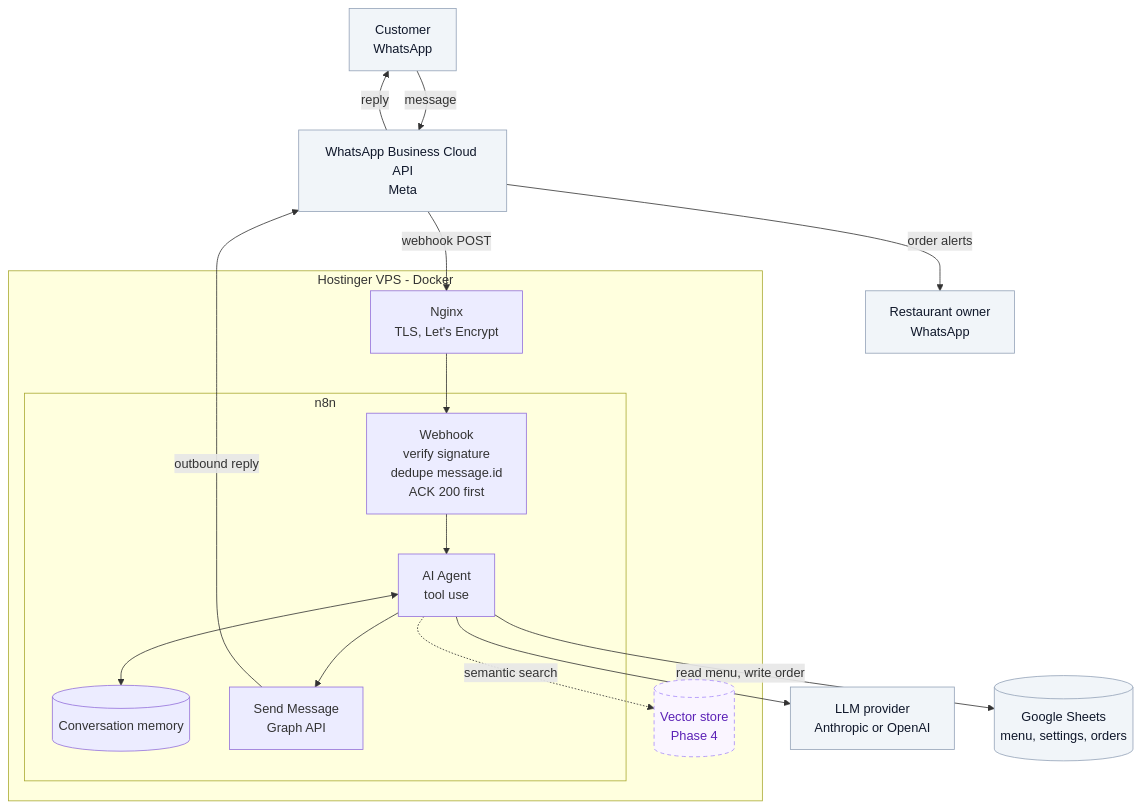
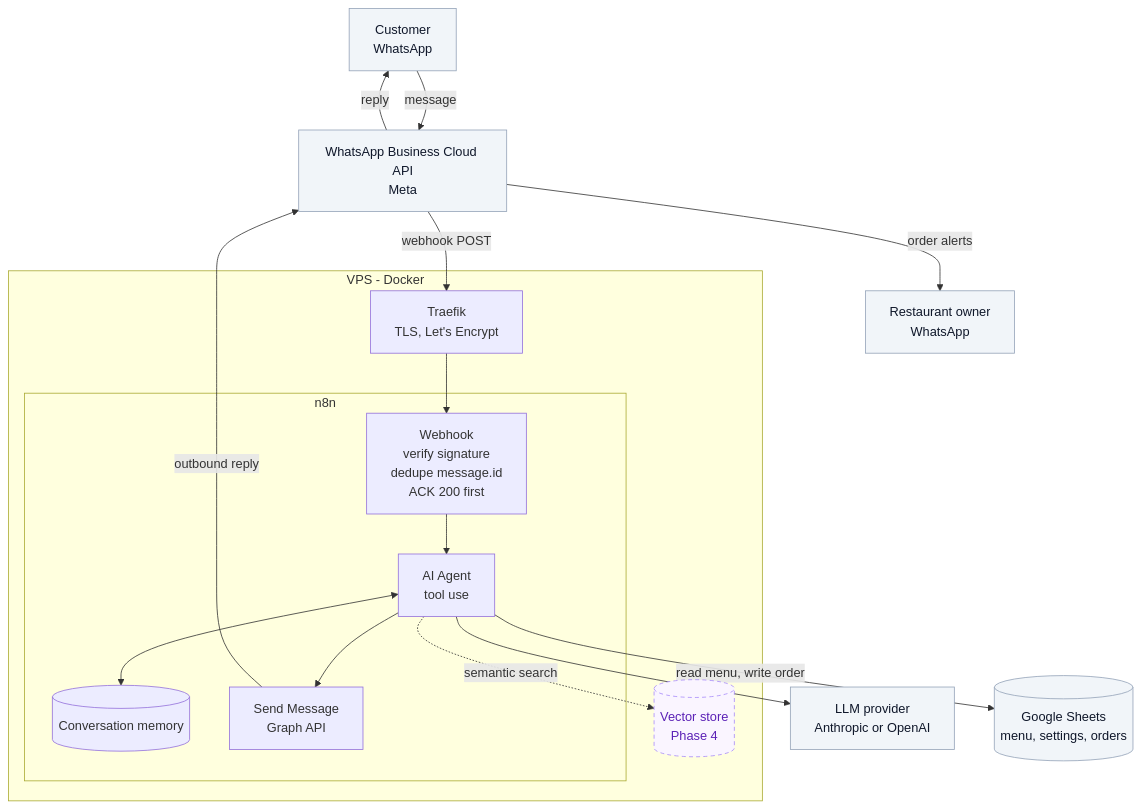
The diagram in docs/images/architecture.mmd (caresdev/whatsapp-ai-support-agent), drawn with Mermaid before and after one commit. The commit also changed 4 other files, not shown here.

First line of the commit message:
docs: swap Nginx for Traefik and rename the VPS setup guide

````diff
--- a/docs/images/architecture.mmd
+++ b/docs/images/architecture.mmd
@@ -1,40 +1,40 @@
 %% WhatsApp AI Restaurant Agent - system architecture
 %% Canonical source. Paste inside a ```mermaid block; GitHub renders it natively.
 flowchart TB
     customer["Customer<br/>WhatsApp"]
     owner["Restaurant owner<br/>WhatsApp"]
     meta["WhatsApp Business Cloud API<br/>Meta"]
 
-    subgraph vps["Hostinger VPS - Docker"]
-        nginx["Nginx<br/>TLS, Let's Encrypt"]
+    subgraph vps["VPS - Docker"]
+        traefik["Traefik<br/>TLS, Let's Encrypt"]
 
         subgraph n8n["n8n"]
             webhook["Webhook<br/>verify signature<br/>dedupe message.id<br/>ACK 200 first"]
             agent["AI Agent<br/>tool use"]
             memory[("Conversation memory")]
             send["Send Message<br/>Graph API"]
         end
 
         qdrant[("Vector store<br/>Phase 4")]
     end
 
     llm["LLM provider<br/>Anthropic or OpenAI"]
     sheets[("Google Sheets<br/>menu, settings, orders")]
 
     customer -->|message| meta
-    meta -->|webhook POST| nginx
-    nginx --> webhook
+    meta -->|webhook POST| traefik
+    traefik --> webhook
     webhook --> agent
     agent <--> memory
     agent --> llm
     agent -->|read menu, write order| sheets
     agent -.->|semantic search| qdrant
     agent --> send
     send -->|outbound reply| meta
     meta -->|reply| customer
     meta -->|order alerts| owner
 
     classDef external fill:#f1f5f9,stroke:#94a3b8,color:#0f172a
     classDef phase4 fill:#faf5ff,stroke:#a78bfa,stroke-dasharray:5 4,color:#5b21b6
     class customer,owner,meta,llm,sheets external
     class qdrant phase4
````
